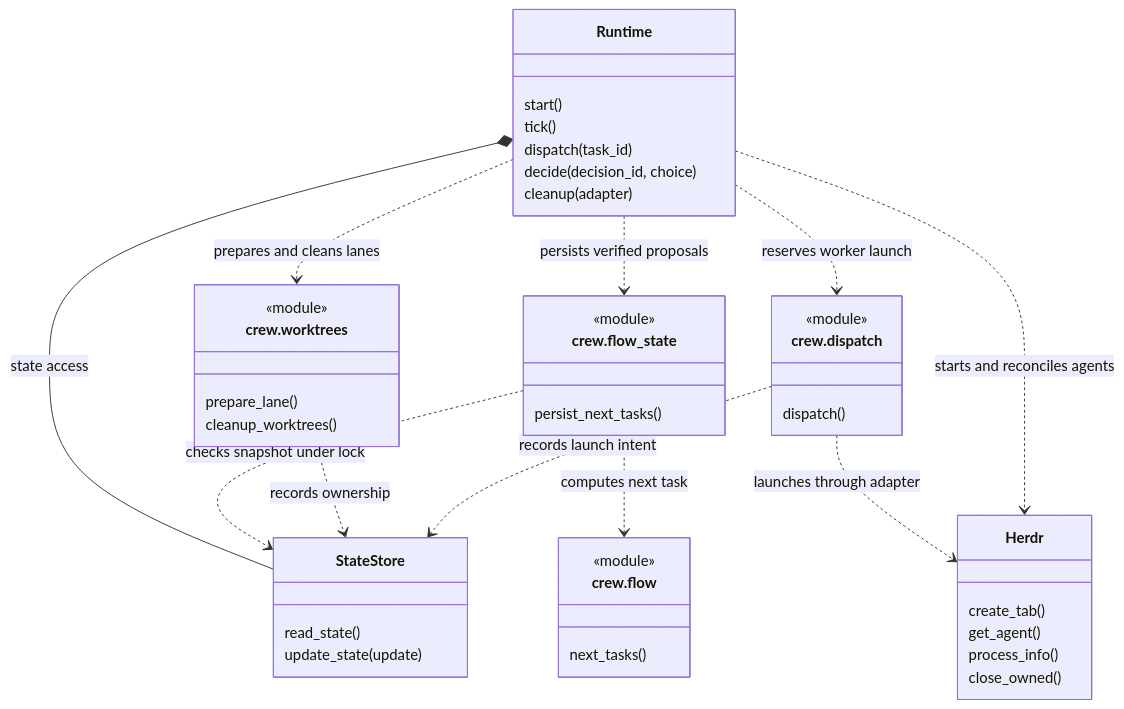
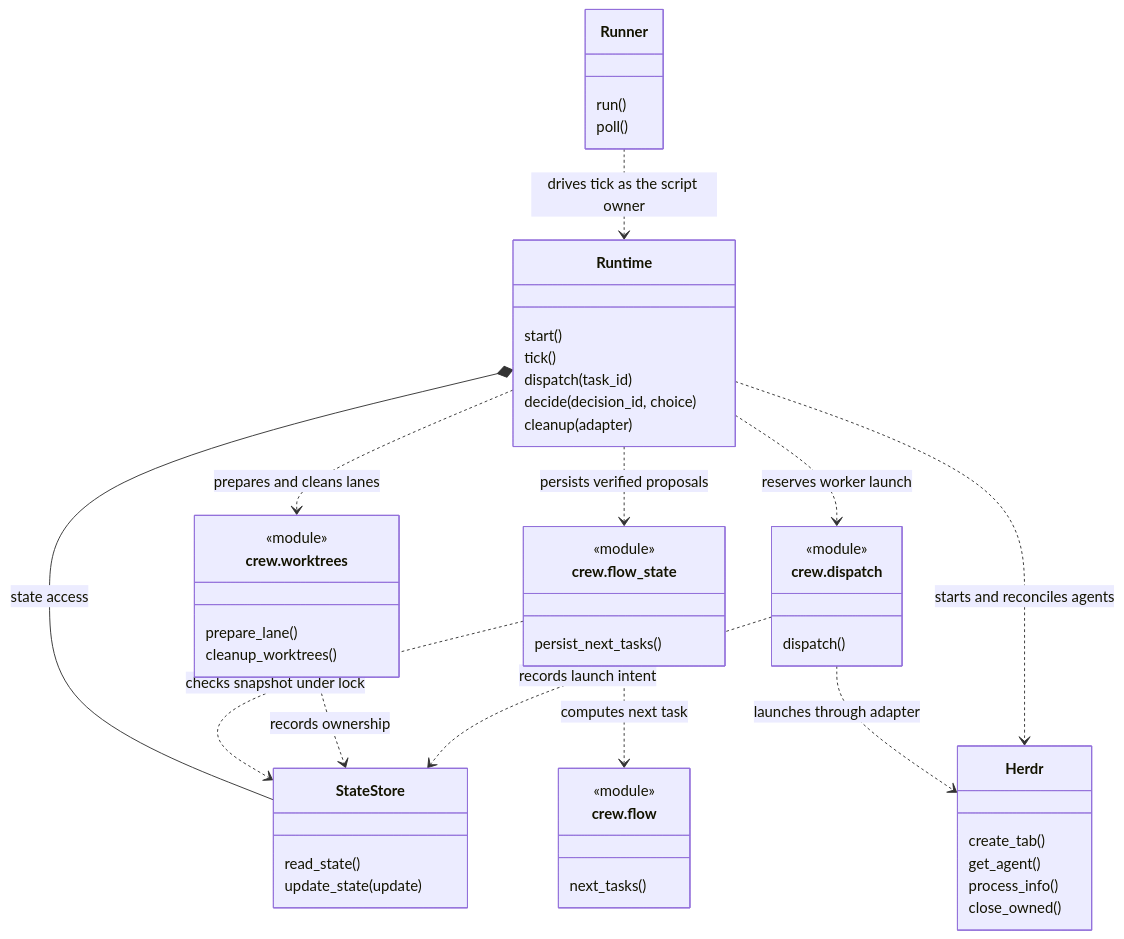
Before and after one commit to Taimoorkhan1122/crew: the diagram in docs/development.md, drawn with Mermaid. The commit also changed other lines of this file and 18 other files, not shown here.

````diff
--- a/docs/development.md
+++ b/docs/development.md
@@ -41,48 +42,53 @@
 ```mermaid
 classDiagram
     direction TB
     class Runtime {
         start()
         tick()
         dispatch(task_id)
         decide(decision_id, choice)
         cleanup(adapter)
     }
     class StateStore {
         read_state()
         update_state(update)
     }
     class FlowBridge["crew.flow_state"] {
         <<module>>
         persist_next_tasks()
     }
     class FlowEngine["crew.flow"] {
         <<module>>
         next_tasks()
     }
     class Dispatcher["crew.dispatch"] {
         <<module>>
         dispatch()
     }
     class Worktrees["crew.worktrees"] {
         <<module>>
         prepare_lane()
         cleanup_worktrees()
     }
     class Herdr {
         create_tab()
         get_agent()
         process_info()
         close_owned()
     }
+    class Runner {
+        run()
+        poll()
+    }
+    Runner ..> Runtime : drives tick as the script owner
     Runtime *-- StateStore : state access
     Runtime ..> FlowBridge : persists verified proposals
     FlowBridge ..> FlowEngine : computes next task
     FlowBridge ..> StateStore : checks snapshot under lock
     Runtime ..> Dispatcher : reserves worker launch
     Runtime ..> Worktrees : prepares and cleans lanes
     Worktrees ..> StateStore : records ownership
     Dispatcher ..> StateStore : records launch intent
     Dispatcher ..> Herdr : launches through adapter
     Runtime ..> Herdr : starts and reconciles agents
 ```
````
